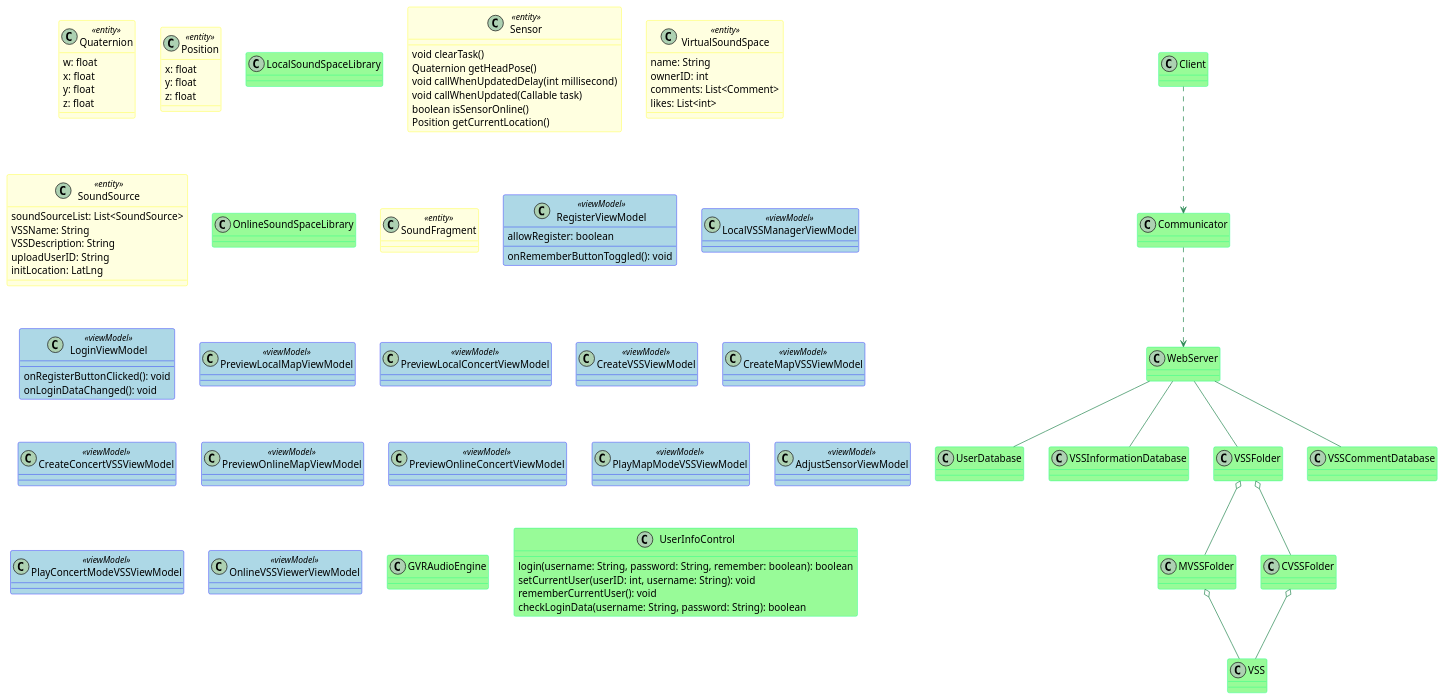
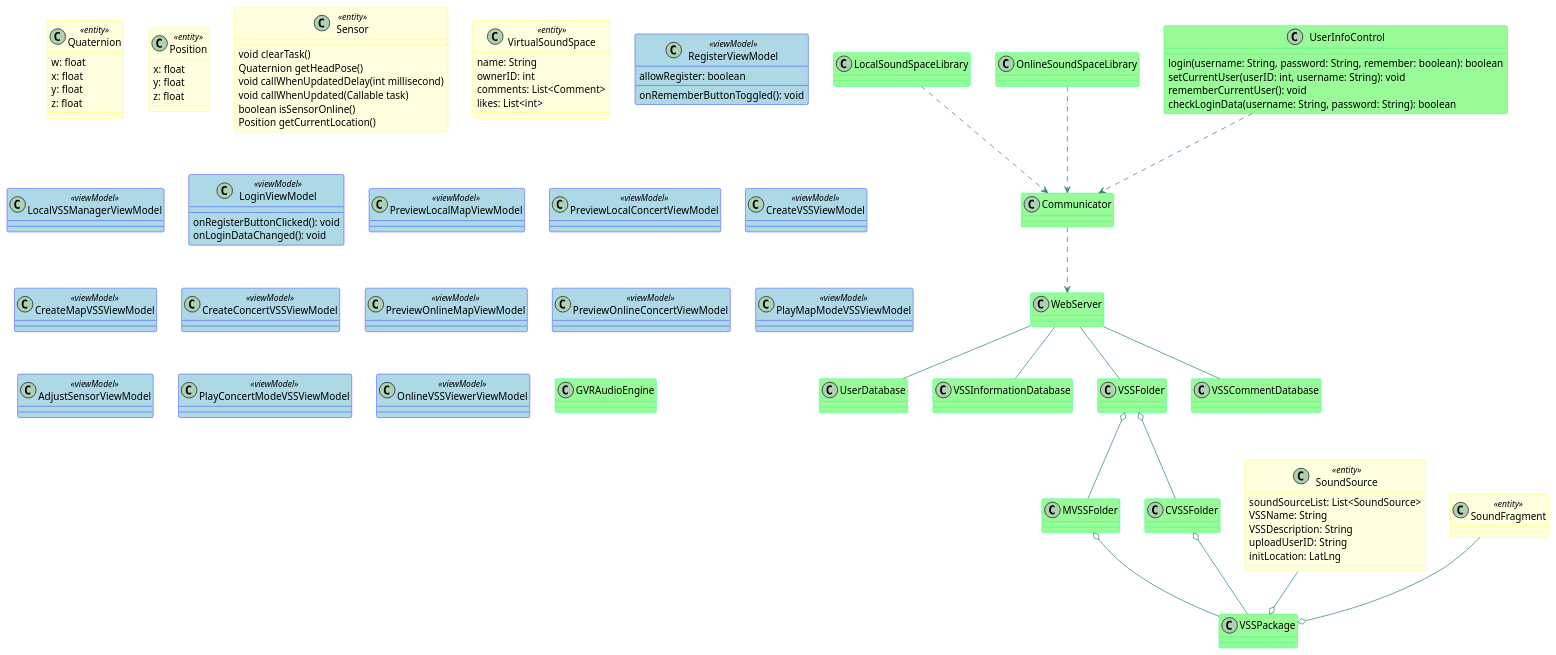
Before and after one commit to kpp19920121/doc: the diagram in 设计/对象模型.md, drawn with PlantUML.

Commit message:
更新了类图

````diff
--- a/设计/对象模型.md
+++ b/设计/对象模型.md
@@ -165,9 +165,7 @@
 	rememberCurrentUser(): void
 	checkLoginData(username: String, password: String): boolean
 }
-class Client{
 
-}
 class Communicator{
 
 }
@@ -182,7 +180,7 @@
 }
 class VSSCommentDatabase{
 }
-class VSS{
+class VSSPackage{
 
 }
 class MVSSFolder{
@@ -192,15 +190,20 @@
 
 }
 
-Client ..> Communicator
+UserInfoControl ..> Communicator
+LocalSoundSpaceLibrary ..> Communicator
+OnlineSoundSpaceLibrary ..> Communicator
+
 Communicator ..> WebServer
 WebServer -- VSSInformationDatabase
 WebServer --VSSFolder
 WebServer -- UserDatabase
 WebServer -- VSSCommentDatabase
-MVSSFolder o-- VSS
-CVSSFolder o-- VSS
+MVSSFolder o-- VSSPackage
+CVSSFolder o-- VSSPackage
 VSSFolder o-- MVSSFolder
 VSSFolder o-- CVSSFolder
+SoundSource --o VSSPackage
+SoundFragment --o VSSPackage
 @enduml
 ```
````
